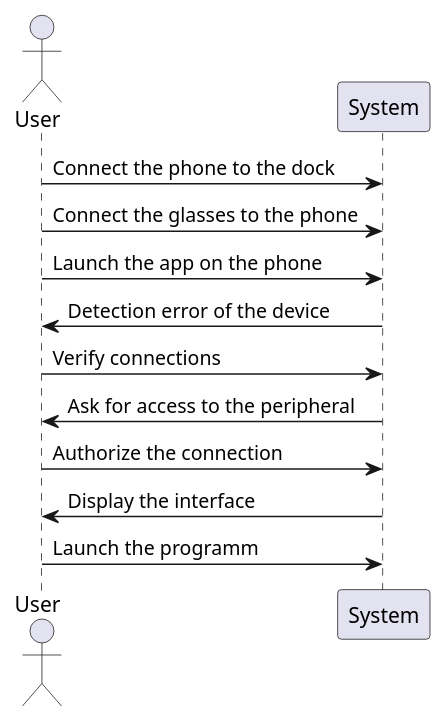
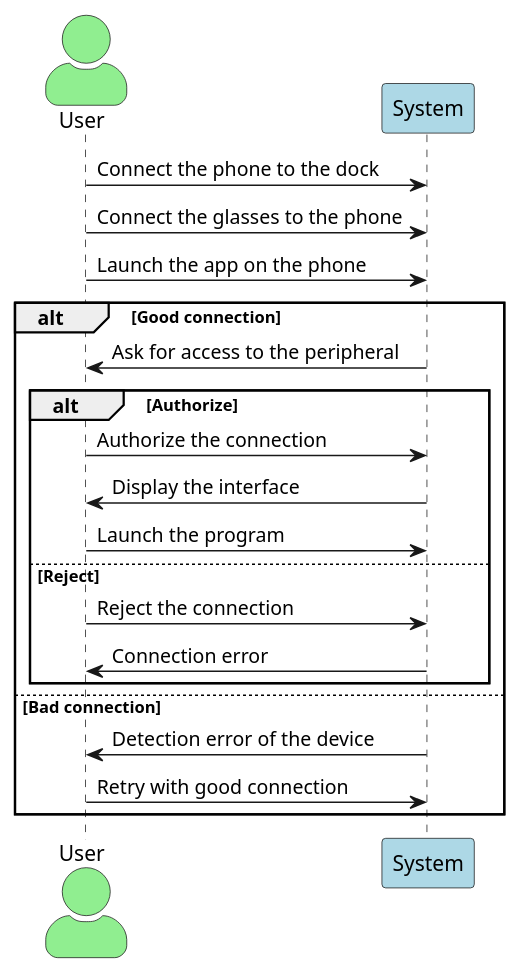
One commit to MariusLD/PROJET-ESIR2 changed the diagram in sprint0/initialize.puml. Above: the diagram before and after it, drawn with PlantUML. The commit also changed other lines of this file and 1 other file, not shown here.

Commit message:
Update sequence diagram initialize and watch_feedback

```diff
--- a/sprint0/initialize.puml
+++ b/sprint0/initialize.puml
@@ -36,20 +1,29 @@
 @startuml
-'Mauvais branchement
+'Bon déroulement
+skinparam actorStyle awesome
 
-Actor User as U
-Participant System as S
+
+Actor User as U #lightgreen
+Participant System as S #lightblue
 
 
 U -> S: Connect the phone to the dock
 U -> S: Connect the glasses to the phone
 U -> S: Launch the app on the phone
-S -> U: Detection error of the device
-U -> S: Verify connections
+alt Good connection
 S -> U: Ask for access to the peripheral
+alt Authorize
 U -> S: Authorize the connection
 S -> U: Display the interface
-U -> S: Launch the programm
-
+U -> S: Launch the program
+else Reject
+U -> S: Reject the connection
+S -> U: Connection error
+end
+else Bad connection
+S -> U: Detection error of the device
+U -> S: Retry with good connection
+end
 
 
 @enduml
```
